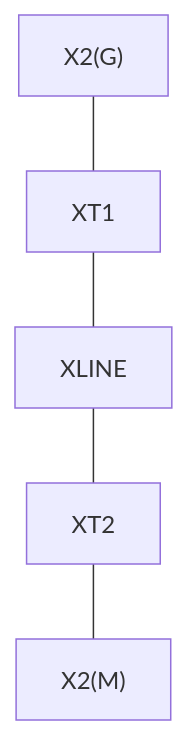
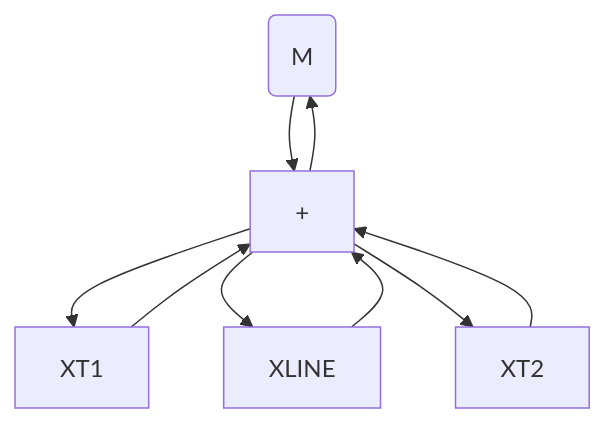
One commit to KupipiKuki/pdf2md changed the fourth of 4 diagrams in output.md. Above: the diagram before and after it, drawn with Mermaid. The commit also changed other lines of this file and 6 other files, not shown here.

````diff
--- a/output.md
+++ b/output.md
@@ -155,12 +137,11 @@
 ```mermaid
 flowchart TD
-    N1["X2(G)"]
-    N2["XT1"]
-    N3["XLINE"]
-    N4["XT2"]
-    N5["X2(M)"]
-    N1 --- N2
-    N2 --- N3
-    N3 --- N4
-    N4 --- N5
+    X2(G) --> +
+    + --> XT1
+    XT1 --> +
+    + --> XLINE
+    XLINE --> +
+    + --> XT2
+    XT2 --> +
+    + --> X2(M)
 ```
````
